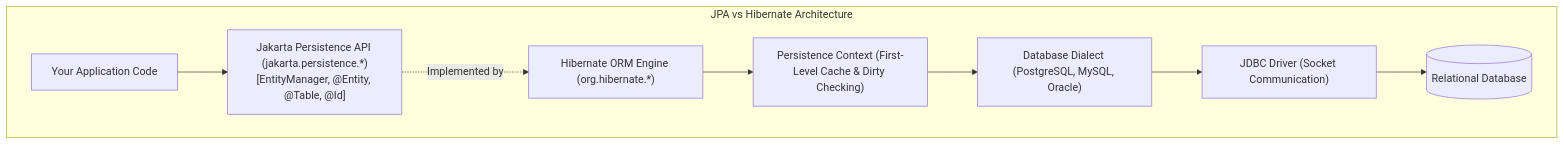
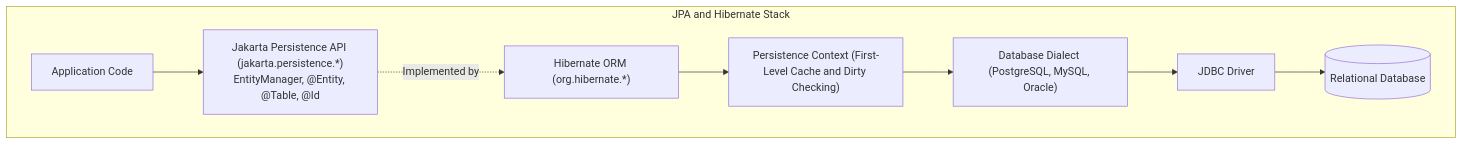
The first of 3 diagrams in content/roadmap/level-7/jpa-and-hibernate-basics.md (ravishankar2463/java_hub), drawn with Mermaid before and after one commit. The commit also changed other lines of this file and 119 other files, not shown here.

Commit message:
feat: add comprehensive java learning roadmap content across multiple levels

````diff
--- a/content/roadmap/level-7/jpa-and-hibernate-basics.md
+++ b/content/roadmap/level-7/jpa-and-hibernate-basics.md
@@ -18,11 +14,11 @@
 ```mermaid
 flowchart TD
-    subgraph "JPA vs Hibernate Architecture"
-        App["Your Application Code"] --> JPA["Jakarta Persistence API (jakarta.persistence.*)<br/>[EntityManager, @Entity, @Table, @Id]"]
-        JPA -.->|Implemented by| Hib["Hibernate ORM Engine (org.hibernate.*)"]
-        Hib --> L1["Persistence Context (First-Level Cache & Dirty Checking)"]
+    subgraph "JPA and Hibernate Stack"
+        App["Application Code"] --> JPA["Jakarta Persistence API (jakarta.persistence.*)<br/>EntityManager, @Entity, @Table, @Id"]
+        JPA -.->|"Implemented by"| Hib["Hibernate ORM (org.hibernate.*)"]
+        Hib --> L1["Persistence Context (First-Level Cache and Dirty Checking)"]
         L1 --> Dialect["Database Dialect (PostgreSQL, MySQL, Oracle)"]
-        Dialect --> JDBC["JDBC Driver (Socket Communication)"]
+        Dialect --> JDBC["JDBC Driver"]
         JDBC --> DB[("Relational Database")]
     end
 ```
````
